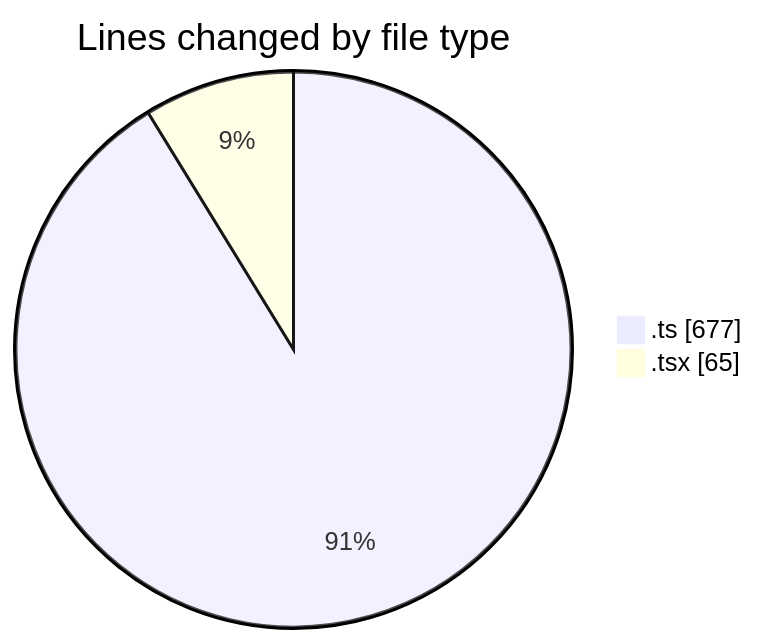
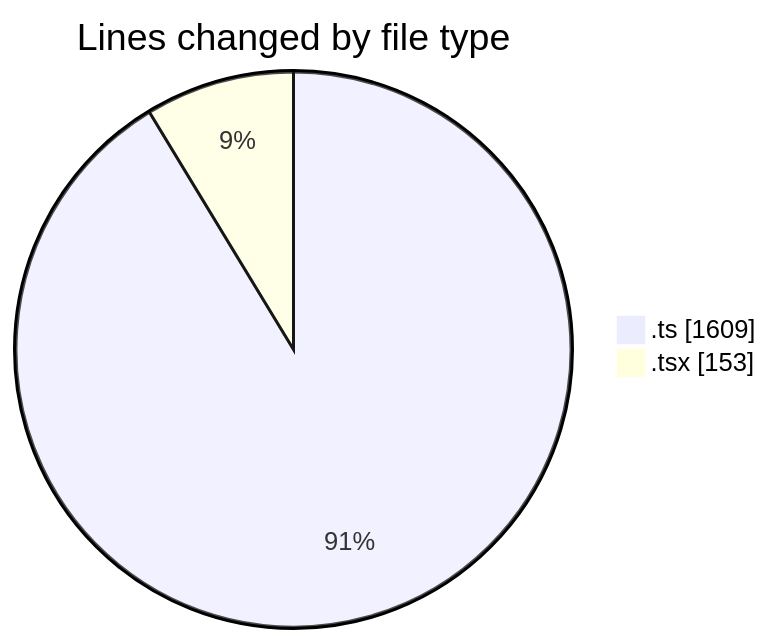
One commit to robertbonfada/code-tracking changed the first of 2 diagrams in 2025-01-23/mbc-web/README.md. Above: the diagram before and after it, drawn with Mermaid. The commit also changed other lines of this file and 1 other file, not shown here.

````diff
--- a/2025-01-23/mbc-web/README.md
+++ b/2025-01-23/mbc-web/README.md
@@ -25,6 +25,6 @@
 ```mermaid
 pie showData
 title Lines changed by file type
-".ts" : 677
-".tsx" : 65
+".ts" : 1609
+".tsx" : 153
 ```
````
